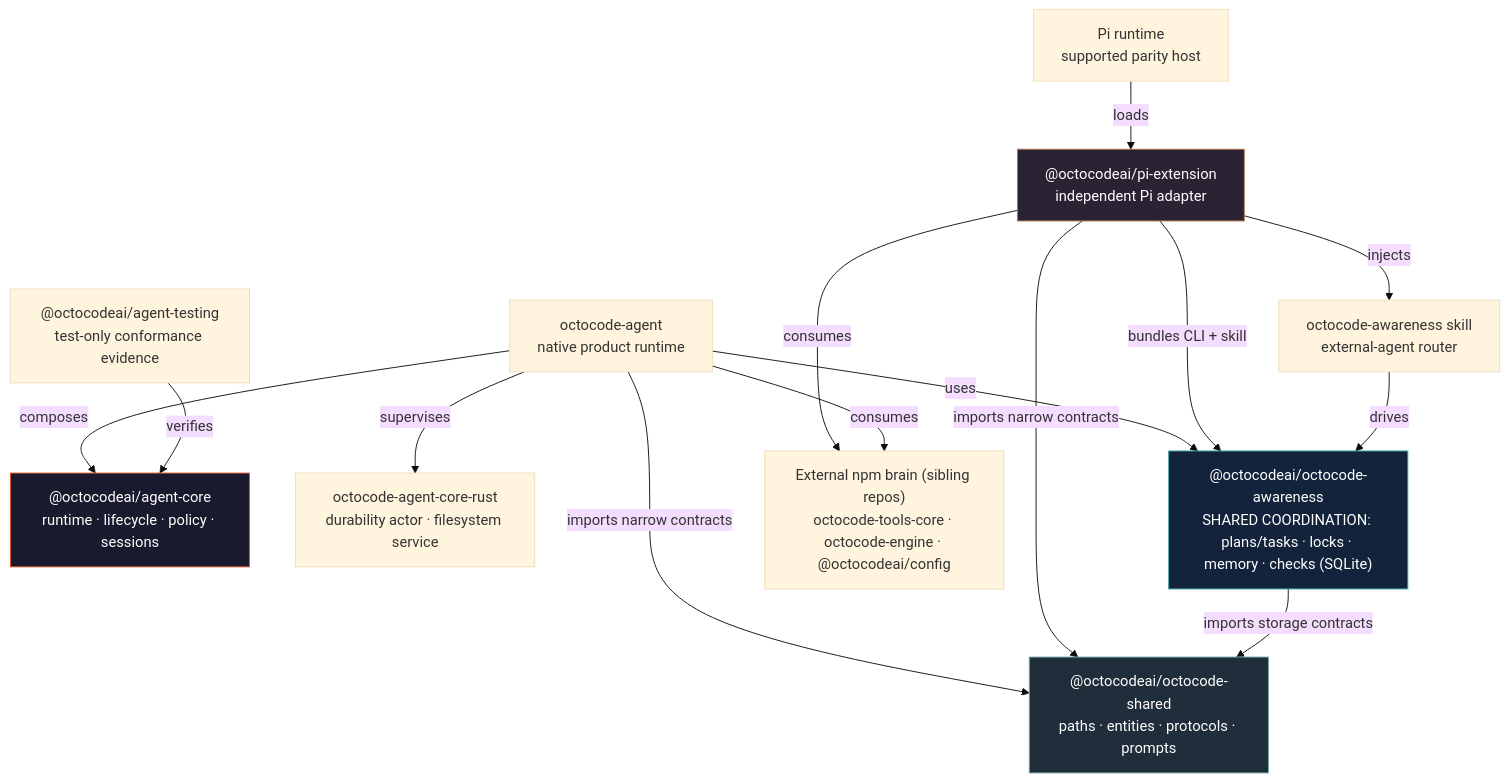
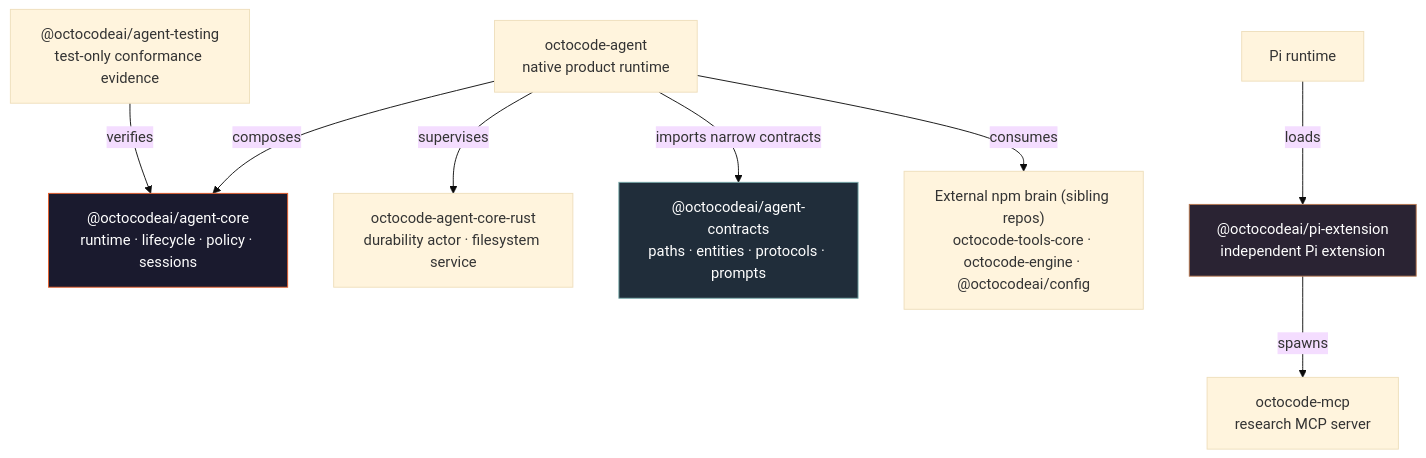
Before and after one commit to bgauryy/octocode-agent: the diagram in README.md, drawn with Mermaid (base theme). The commit also changed other lines of this file and 319 other files, not shown here.

````diff
--- a/README.md
+++ b/README.md
@@ -283,32 +186,24 @@
 ```mermaid
 graph TD
     AGENT["octocode-agent<br/>native product runtime"]
     CORE["@octocodeai/agent-core<br/>runtime · lifecycle · policy · sessions"]
     RUST["octocode-agent-core-rust<br/>durability actor · filesystem service"]
     TEST["@octocodeai/agent-testing<br/>test-only conformance evidence"]
-    SHARED["@octocodeai/octocode-shared<br/>paths · entities · protocols · prompts"]
-    PI["Pi runtime<br/>supported parity host"]
-    EXT["@octocodeai/pi-extension<br/>independent Pi adapter"]
-    AW["@octocodeai/octocode-awareness<br/>SHARED COORDINATION: plans/tasks · locks · memory · checks (SQLite)"]
-    SKILL["octocode-awareness skill<br/>external-agent router"]
+    SHARED["@octocodeai/agent-contracts<br/>paths · entities · protocols · prompts"]
+    PI["Pi runtime"]
+    EXT["@octocodeai/pi-extension<br/>independent Pi extension"]
+    MCP["octocode-mcp<br/>research MCP server"]
     BRAIN["External npm brain (sibling repos)<br/>octocode-tools-core · octocode-engine · @octocodeai/config"]
 
     AGENT -- composes --> CORE
     AGENT -- supervises --> RUST
     TEST -- verifies --> CORE
     AGENT -- imports narrow contracts --> SHARED
-    AGENT -- uses --> AW
     PI -- loads --> EXT
-    EXT -- bundles CLI + skill --> AW
-    EXT -- injects --> SKILL
-    SKILL -- drives --> AW
-    EXT -- consumes --> BRAIN
-    EXT -- imports narrow contracts --> SHARED
-    AW -- imports storage contracts --> SHARED
+    EXT -- spawns --> MCP
     AGENT -- consumes --> BRAIN
 
     style CORE fill:#1a1a2e,stroke:#e75d2a,color:#fff
     style SHARED fill:#202d3a,stroke:#7aa,color:#fff
     style EXT fill:#2a2333,stroke:#b87850,color:#fff
-    style AW fill:#12233b,stroke:#4a9,color:#fff
 ```
````
